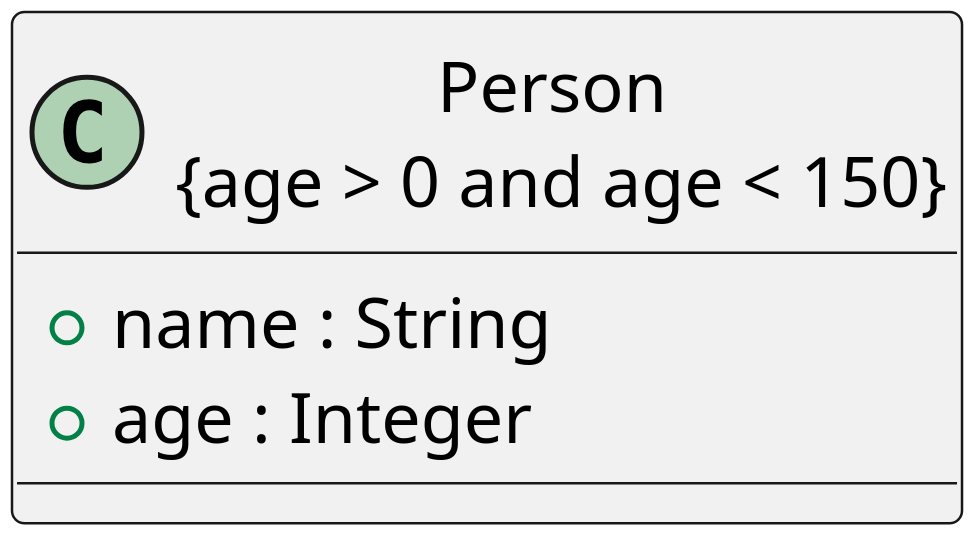
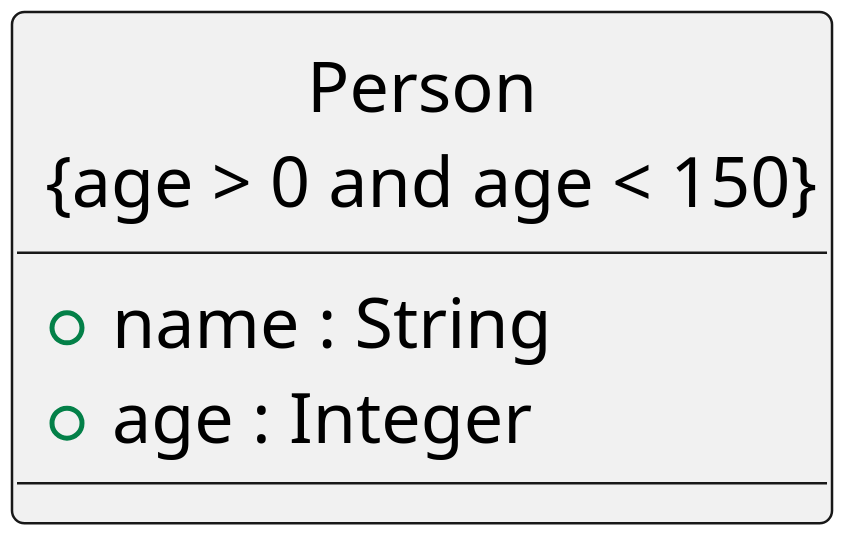
The first of 3 diagrams in src/slides/asciidoc/index.adoc (sunye/ocl), drawn with PlantUML before and after one commit. The commit also changed other lines of this file, not shown here.

Commit message:
replace graffle diagram by plantuml

```diff
--- a/src/slides/asciidoc/index.adoc
+++ b/src/slides/asciidoc/index.adoc
@@ -137,10 +131,11 @@
 [plantuml,align=center]
 ----
 scale 1024 width
 scale 800 height
+hide circle
 
 class "Person\n {age > 0 and age < 150}" as person {
 	+ name : String
 	+ age : Integer
 }
 ----
```
